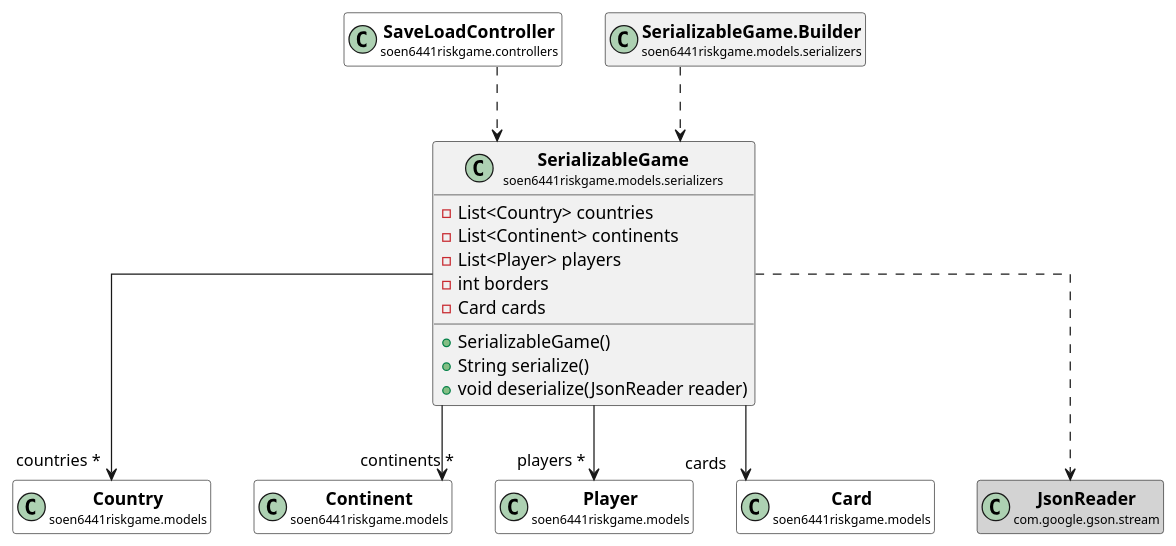
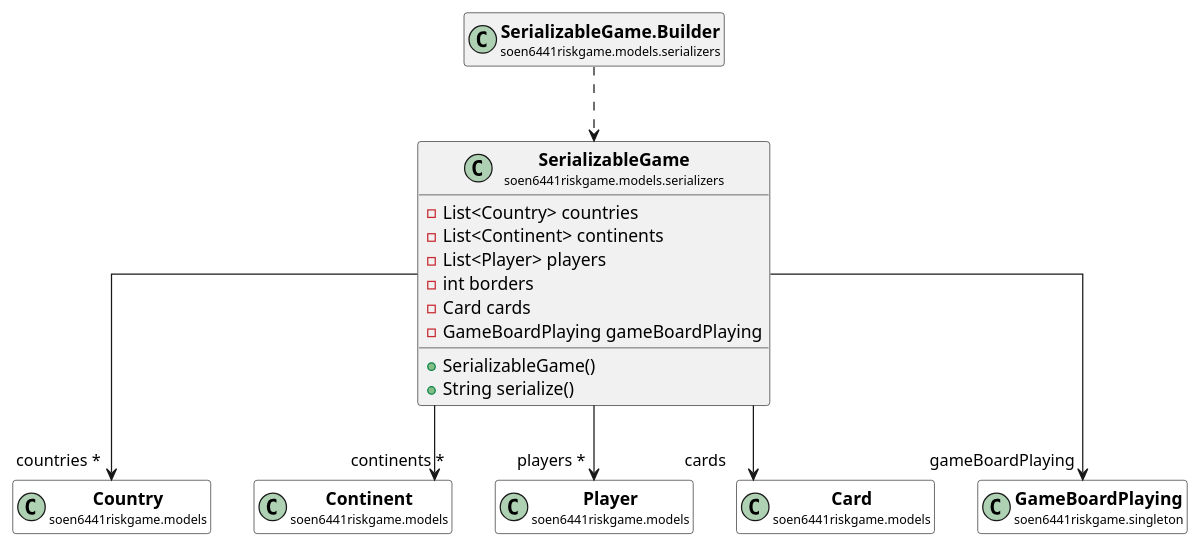
The diagram in docs/javadocs/soen6441riskgame/models/serializers/SerializableGame.puml (huntertran/soen6441-riskgame), drawn with PlantUML before and after one commit. The commit also changed 184 other files, not shown here.

```diff
--- a/docs/javadocs/soen6441riskgame/models/serializers/SerializableGame.puml
+++ b/docs/javadocs/soen6441riskgame/models/serializers/SerializableGame.puml
@@ -1,78 +1,70 @@
 @startuml
 
 skinparam svgLinkTarget _parent
 skinparam linetype ortho
 set namespaceSeparator none
 class "<b><size:14>SerializableGame</b>\n<size:10>soen6441riskgame.models.serializers" as soen6441riskgame.models.serializers.SerializableGame  [[../../../soen6441riskgame/models/serializers/SerializableGame.html{soen6441riskgame.models.serializers.SerializableGame}]] {
 -List<Country> countries
 -List<Continent> continents
 -List<Player> players
 -int borders
 -Card cards
+-GameBoardPlaying gameBoardPlaying
 +SerializableGame()
 +String serialize()
-+void deserialize(JsonReader reader)
 }
 
-
-class "<b><size:14>SaveLoadController</b>\n<size:10>soen6441riskgame.controllers" as soen6441riskgame.controllers.SaveLoadController  [[../../../soen6441riskgame/controllers/SaveLoadController.html{soen6441riskgame.controllers.SaveLoadController}]] #white {
-}
-
-hide soen6441riskgame.controllers.SaveLoadController fields
-hide soen6441riskgame.controllers.SaveLoadController methods
-
-soen6441riskgame.controllers.SaveLoadController ..> soen6441riskgame.models.serializers.SerializableGame
 
 
 class "<b><size:14>Country</b>\n<size:10>soen6441riskgame.models" as soen6441riskgame.models.Country  [[../../../soen6441riskgame/models/Country.html{soen6441riskgame.models.Country}]] #white {
 }
 
 hide soen6441riskgame.models.Country fields
 hide soen6441riskgame.models.Country methods
 
 soen6441riskgame.models.serializers.SerializableGame -->  "countries *" soen6441riskgame.models.Country
 
 
 class "<b><size:14>Continent</b>\n<size:10>soen6441riskgame.models" as soen6441riskgame.models.Continent  [[../../../soen6441riskgame/models/Continent.html{soen6441riskgame.models.Continent}]] #white {
 }
 
 hide soen6441riskgame.models.Continent fields
 hide soen6441riskgame.models.Continent methods
 
 soen6441riskgame.models.serializers.SerializableGame -->  "continents *" soen6441riskgame.models.Continent
 
 
 class "<b><size:14>Player</b>\n<size:10>soen6441riskgame.models" as soen6441riskgame.models.Player  [[../../../soen6441riskgame/models/Player.html{soen6441riskgame.models.Player}]] #white {
 }
 
 hide soen6441riskgame.models.Player fields
 hide soen6441riskgame.models.Player methods
 
 soen6441riskgame.models.serializers.SerializableGame -->  "players *" soen6441riskgame.models.Player
 
 class "<b><size:14>Card</b>\n<size:10>soen6441riskgame.models" as soen6441riskgame.models.Card  [[../../../soen6441riskgame/models/Card.html{soen6441riskgame.models.Card}]] #white {
 }
 
 hide soen6441riskgame.models.Card fields
 hide soen6441riskgame.models.Card methods
 
 soen6441riskgame.models.serializers.SerializableGame -->  "cards" soen6441riskgame.models.Card
 
-class "<b><size:14>JsonReader</b>\n<size:10>com.google.gson.stream" as com.google.gson.stream.JsonReader  #lightgrey {
+class "<b><size:14>GameBoardPlaying</b>\n<size:10>soen6441riskgame.singleton" as soen6441riskgame.singleton.GameBoardPlaying  [[../../../soen6441riskgame/singleton/GameBoardPlaying.html{soen6441riskgame.singleton.GameBoardPlaying}]] #white {
 }
 
-hide com.google.gson.stream.JsonReader fields
-hide com.google.gson.stream.JsonReader methods
+hide soen6441riskgame.singleton.GameBoardPlaying fields
+hide soen6441riskgame.singleton.GameBoardPlaying methods
 
-soen6441riskgame.models.serializers.SerializableGame ..> com.google.gson.stream.JsonReader
+soen6441riskgame.models.serializers.SerializableGame -->  "gameBoardPlaying" soen6441riskgame.singleton.GameBoardPlaying
 
 class "<b><size:14>SerializableGame.Builder</b>\n<size:10>soen6441riskgame.models.serializers" as soen6441riskgame.models.serializers.SerializableGame.Builder  [[../../../soen6441riskgame/models/serializers/SerializableGame.Builder.html{soen6441riskgame.models.serializers.SerializableGame.Builder}]] {
 }
 
 hide soen6441riskgame.models.serializers.SerializableGame.Builder fields
 hide soen6441riskgame.models.serializers.SerializableGame.Builder methods
 
 soen6441riskgame.models.serializers.SerializableGame.Builder ..> soen6441riskgame.models.serializers.SerializableGame
 
 
 @enduml
```
